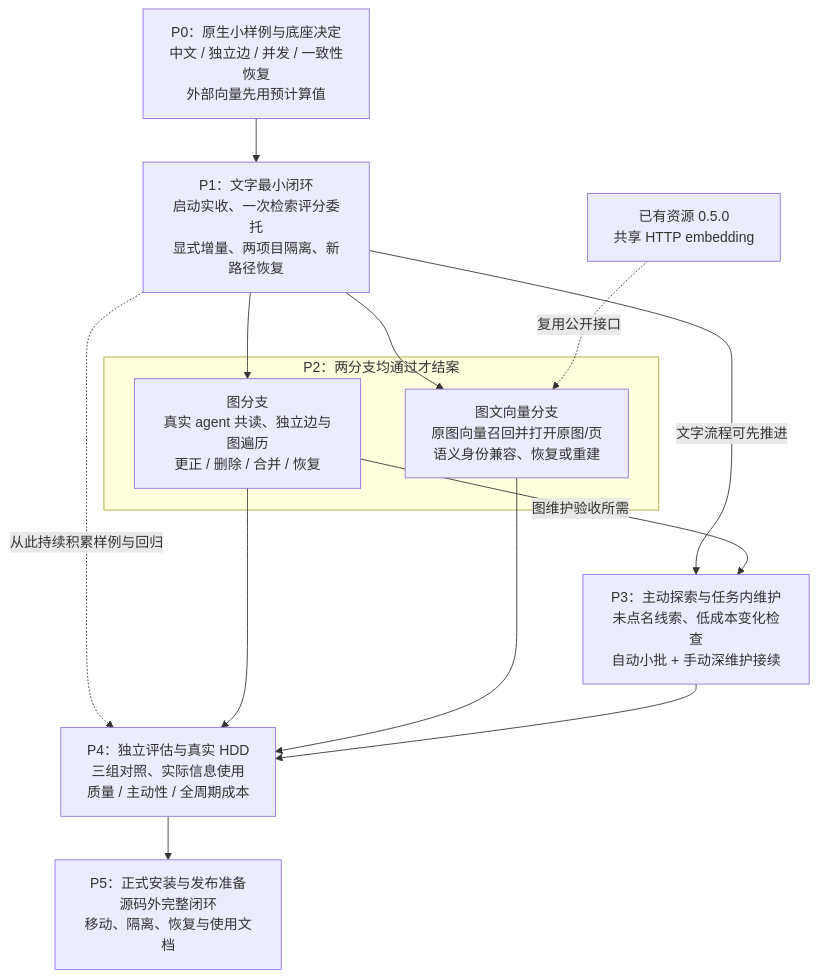
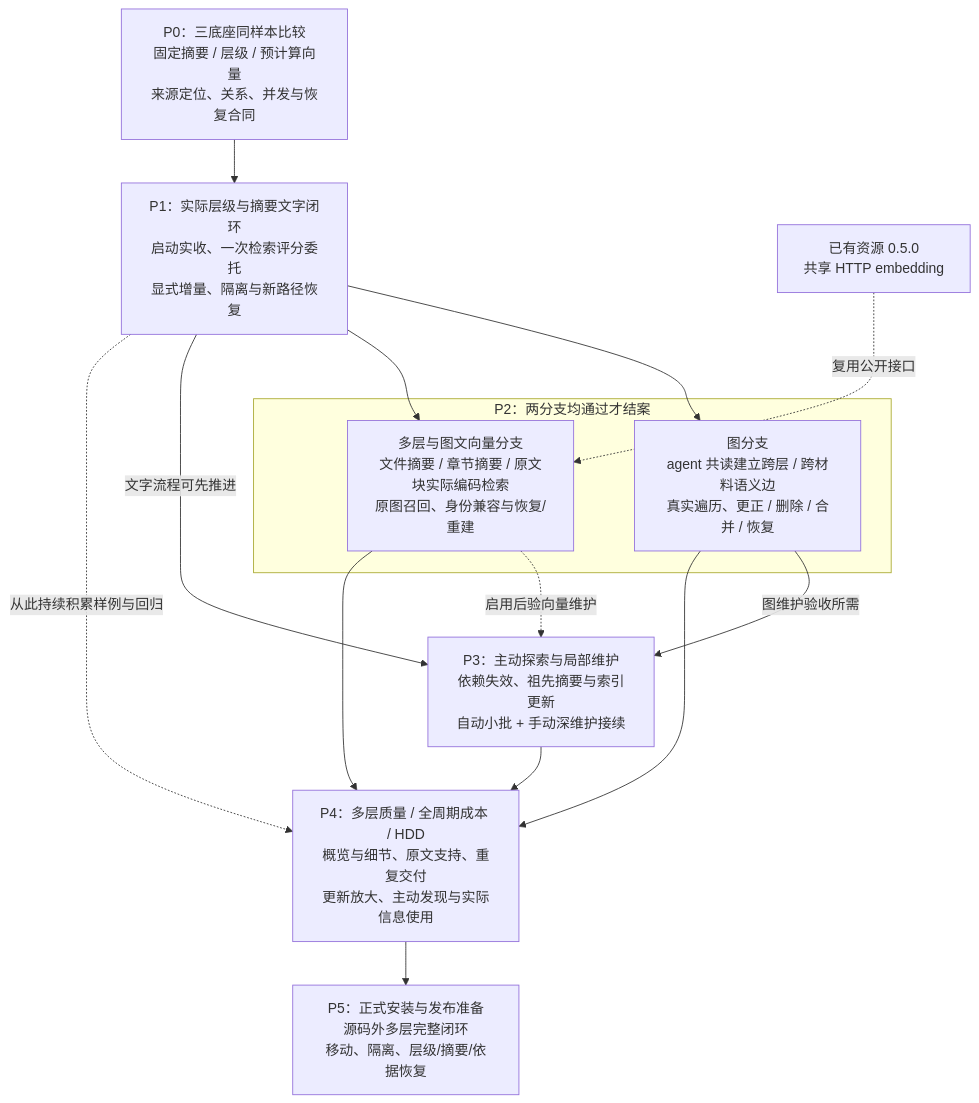
One commit to YS-Pan/basePack changed the third of 3 diagrams in devDoc/tasks/20261106-memory-system/diagrams.md. Above: the diagram before and after it, drawn with Mermaid. The commit also changed other lines of this file and 9 other files, not shown here.

````diff
--- a/devDoc/tasks/20261106-memory-system/diagrams.md
+++ b/devDoc/tasks/20261106-memory-system/diagrams.md
@@ -43,24 +71,25 @@
 ```mermaid
 flowchart TB
-  p0["P0：原生小样例与底座决定<br/>中文 / 独立边 / 并发 / 一致性恢复<br/>外部向量先用预计算值"]
-  p1["P1：文字最小闭环<br/>启动实收、一次检索评分委托<br/>显式增量、两项目隔离、新路径恢复"]
+  p0["P0：三底座同样本比较<br/>固定摘要 / 层级 / 预计算向量<br/>来源定位、关系、并发与恢复合同"]
+  p1["P1：实际层级与摘要文字闭环<br/>启动实收、一次检索评分委托<br/>显式增量、隔离与新路径恢复"]
   subgraph p2["P2：两分支均通过才结案"]
-    semantic["图分支<br/>真实 agent 共读、独立边与图遍历<br/>更正 / 删除 / 合并 / 恢复"]
-    vector["图文向量分支<br/>原图向量召回并打开原图/页<br/>语义身份兼容、恢复或重建"]
+    semantic["图分支<br/>agent 共读建立跨层 / 跨材料语义边<br/>真实遍历、更正 / 删除 / 合并 / 恢复"]
+    vector["多层与图文向量分支<br/>文件摘要 / 章节摘要 / 原文块实际编码检索<br/>原图召回、身份兼容与恢复/重建"]
   end
-  p3["P3：主动探索与任务内维护<br/>未点名线索、低成本变化检查<br/>自动小批 + 手动深维护接续"]
-  p4["P4：独立评估与真实 HDD<br/>三组对照、实际信息使用<br/>质量 / 主动性 / 全周期成本"]
-  p5["P5：正式安装与发布准备<br/>源码外完整闭环<br/>移动、隔离、恢复与使用文档"]
+  p3["P3：主动探索与局部维护<br/>依赖失效、祖先摘要与索引更新<br/>自动小批 + 手动深维护接续"]
+  p4["P4：多层质量 / 全周期成本 / HDD<br/>概览与细节、原文支持、重复交付<br/>更新放大、主动发现与实际信息使用"]
+  p5["P5：正式安装与发布准备<br/>源码外多层完整闭环<br/>移动、隔离、层级/摘要/依据恢复"]
   resources["已有资源 0.5.0<br/>共享 HTTP embedding"]
   p0 --> p1
   p1 --> semantic
   p1 --> vector
   p1 -->|文字流程可先推进| p3
   semantic -->|图维护验收所需| p3
+  vector -.->|启用后验向量维护| p3
   resources -.->|复用公开接口| vector
   p1 -.->|从此持续积累样例与回归| p4
   semantic --> p4
   vector --> p4
   p3 --> p4
   p4 --> p5
 ```
````
